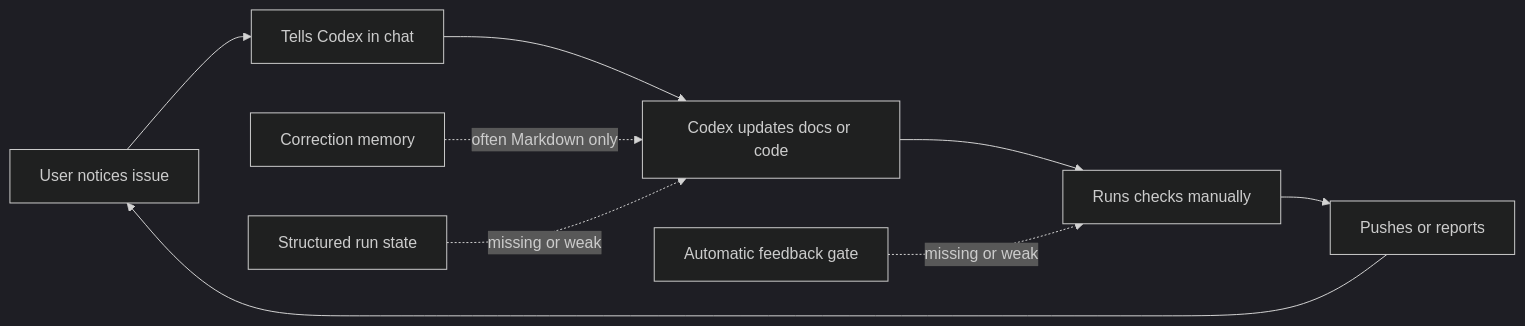
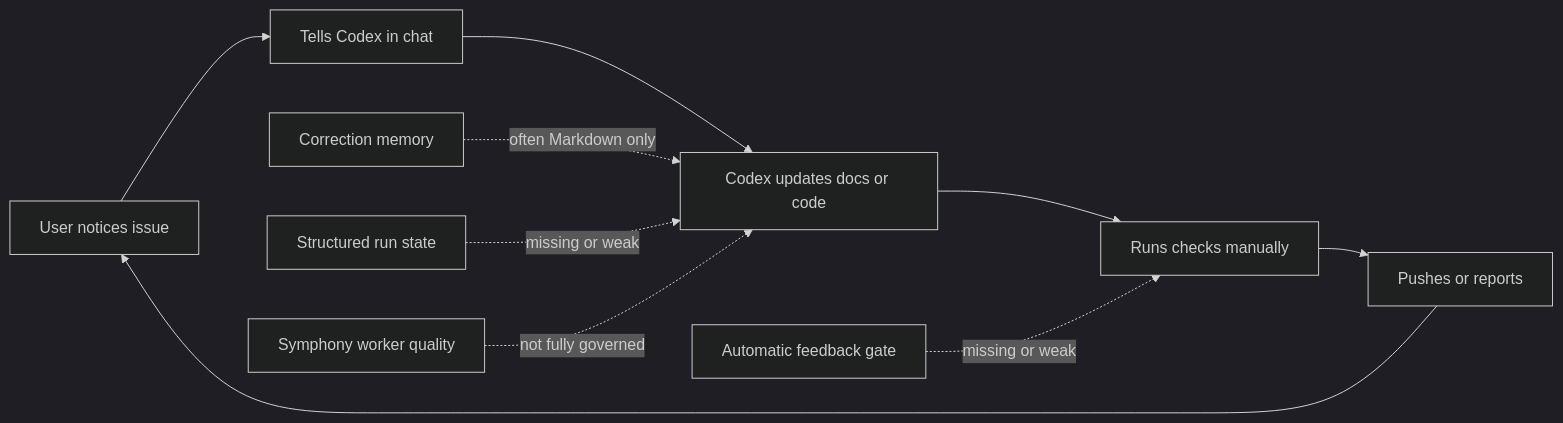
Before and after one commit to orocsy/symphony: the second of 7 diagrams in examples/orocsy-agentic-delivery/orocsy-delivery-runtime-architecture.md, drawn with Mermaid (dark theme). The commit also changed other lines of this file, not shown here.

Commit message:
Clarify Symphony governance in Orocsy runtime

````diff
--- a/examples/orocsy-agentic-delivery/orocsy-delivery-runtime-architecture.md
+++ b/examples/orocsy-agentic-delivery/orocsy-delivery-runtime-architecture.md
@@ -38,12 +47,13 @@
 ```mermaid
 flowchart LR
   A["User notices issue"] --> B["Tells Codex in chat"]
   B --> C["Codex updates docs or code"]
   C --> D["Runs checks manually"]
   D --> E["Pushes or reports"]
   E --> A
 
   F["Correction memory"] -.often Markdown only.-> C
   G["Structured run state"] -.missing or weak.-> C
   H["Automatic feedback gate"] -.missing or weak.-> D
+  I["Symphony worker quality"] -.not fully governed.-> C
 ```
````
